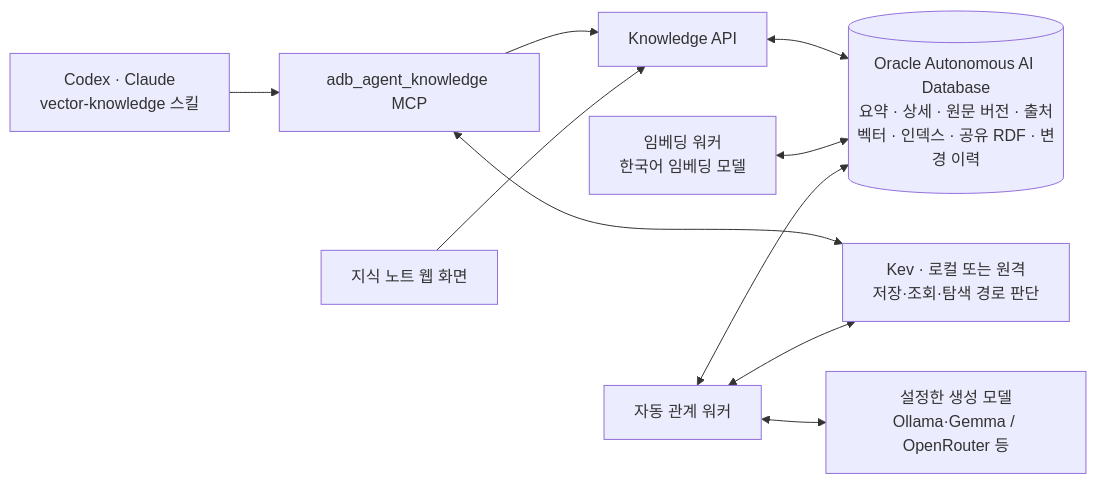
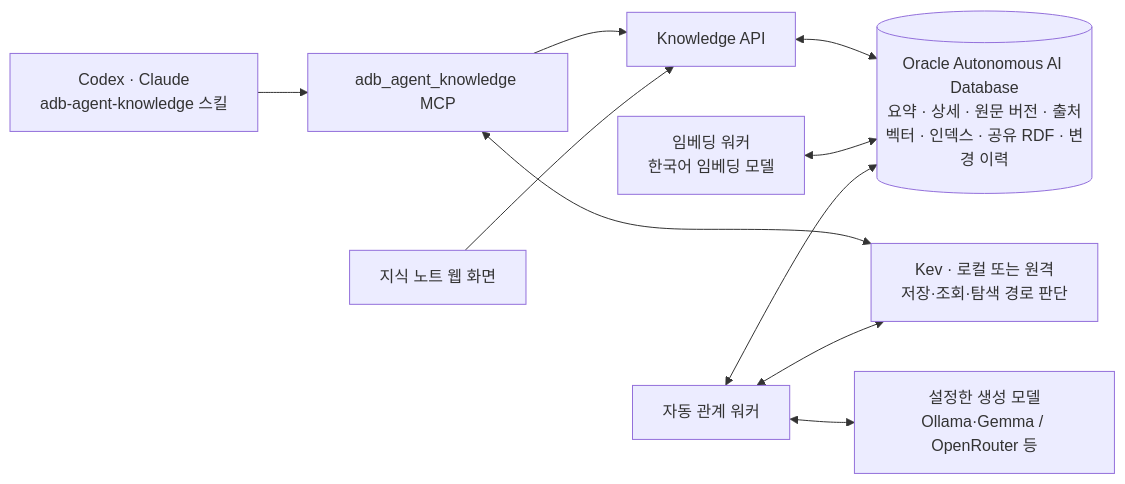
The first of 5 diagrams in docs/guides/storage-retrieval-flow.md (devmrko/adb-agent-knowledge), drawn with Mermaid before and after one commit. The commit also changed 21 other files, not shown here.

Commit message:
Align public skill naming and document models, setup and graph architecture

````diff
--- a/docs/guides/storage-retrieval-flow.md
+++ b/docs/guides/storage-retrieval-flow.md
@@ -7,12 +7,12 @@
 ```mermaid
 flowchart LR
-    Agent["Codex · Claude<br/>vector-knowledge 스킬"] --> MCP["adb_agent_knowledge MCP"]
+    Agent["Codex · Claude<br/>adb-agent-knowledge 스킬"] --> MCP["adb_agent_knowledge MCP"]
     MCP --> API["Knowledge API"]
     UI["지식 노트 웹 화면"] --> API
     MCP <--> Kev["Kev · 로컬 또는 원격<br/>저장·조회·탐색 경로 판단"]
     API <--> DB[("Oracle Autonomous AI Database<br/>요약 · 상세 · 원문 버전 · 출처<br/>벡터 · 인덱스 · 공유 RDF · 변경 이력")]
     Worker["임베딩 워커<br/>한국어 임베딩 모델"] <--> DB
     GraphWorker["자동 관계 워커"] <--> DB
     GraphWorker <--> Kev
     GraphWorker <--> LLM["설정한 생성 모델<br/>Ollama·Gemma / OpenRouter 등"]
 ```
````
